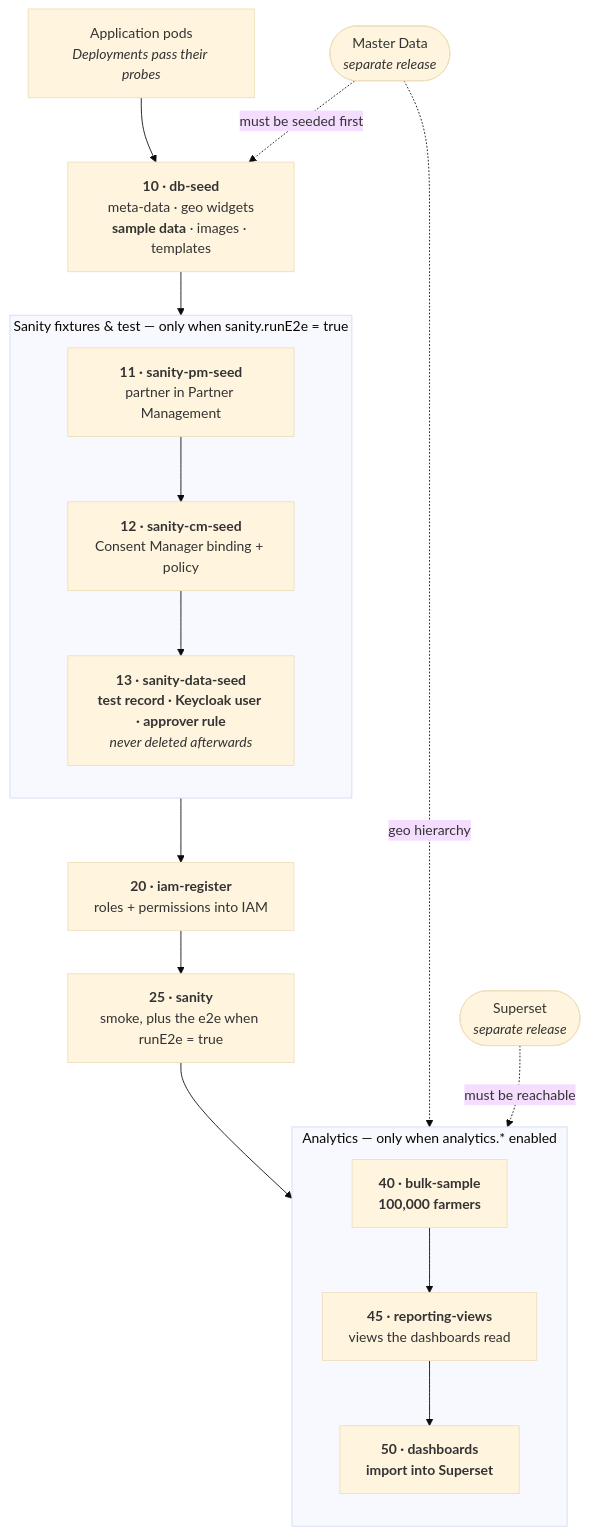
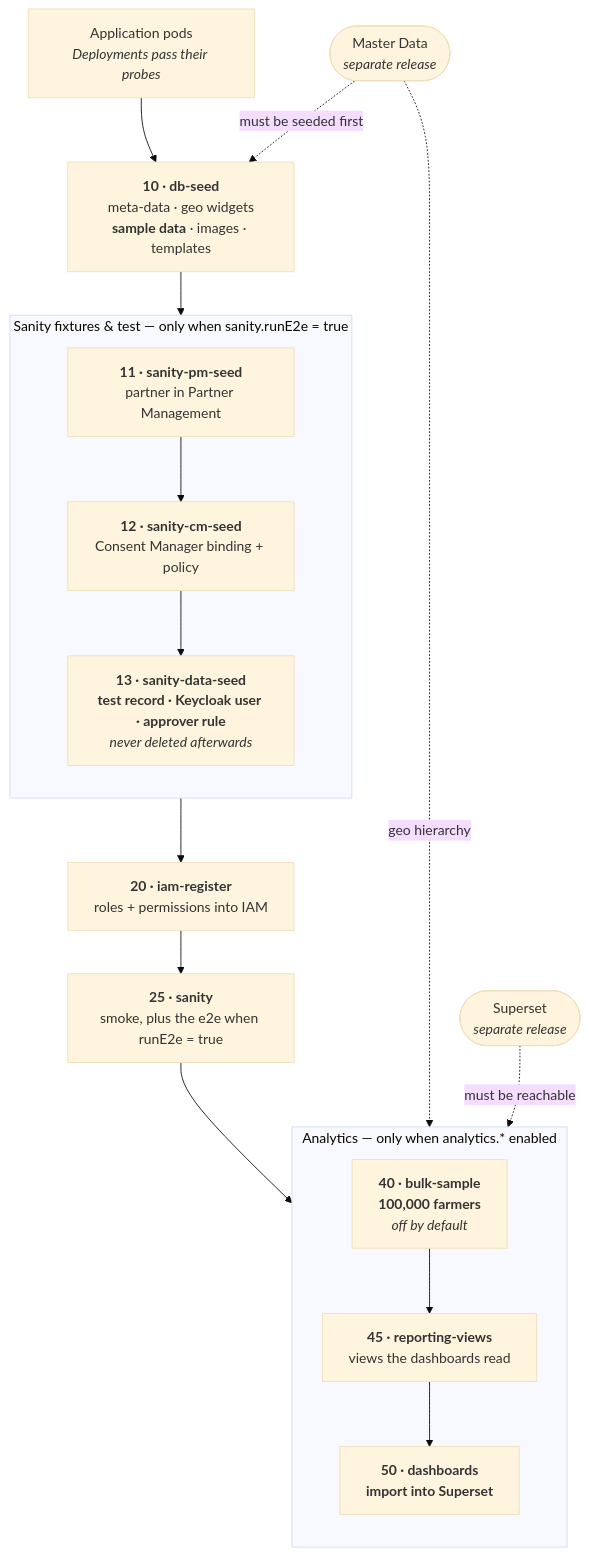
The diagram in products/registry/farmer-registry/deployment/data-seeding.md (OpenG2P/openg2p-documentation), drawn with Mermaid (base theme) before and after one commit. The commit also changed other lines of this file and 1 other file, not shown here.

Commit message:
G2P-5335 Docs: FR seeding defaults now off, Rancher fields for sample and bulk data; platform page notes bulk is a per-registry form option

````diff
--- a/products/registry/farmer-registry/deployment/data-seeding.md
+++ b/products/registry/farmer-registry/deployment/data-seeding.md
@@ -217,29 +218,29 @@
 ```mermaid
 flowchart TD
     A["Application pods<br/><i>Deployments pass their probes</i>"] --> B
 
     B["<b>10 · db-seed</b><br/>meta-data · geo widgets<br/><b>sample data</b> · images · templates"] --> C
 
     subgraph S ["Sanity fixtures &amp; test — only when sanity.runE2e = true"]
         direction TB
         C["<b>11 · sanity-pm-seed</b><br/>partner in Partner Management"] --> D
         D["<b>12 · sanity-cm-seed</b><br/>Consent Manager binding + policy"] --> E
         E["<b>13 · sanity-data-seed</b><br/><b>test record · Keycloak user · approver rule</b><br/><i>never deleted afterwards</i>"]
     end
 
     E --> F["<b>20 · iam-register</b><br/>roles + permissions into IAM"]
     F --> G["<b>25 · sanity</b><br/>smoke, plus the e2e when runE2e = true"]
 
     subgraph AN ["Analytics — only when analytics.* enabled"]
         direction TB
-        H["<b>40 · bulk-sample</b><br/><b>100,000 farmers</b>"] --> I
+        H["<b>40 · bulk-sample</b><br/><b>100,000 farmers</b><br/><i>off by default</i>"] --> I
         I["<b>45 · reporting-views</b><br/>views the dashboards read"] --> J
         J["<b>50 · dashboards</b><br/><b>import into Superset</b>"]
     end
 
     G --> H
 
     MD(["Master Data<br/><i>separate release</i>"]) -.->|"must be seeded first"| B
     MD -.->|"geo hierarchy"| H
     SS(["Superset<br/><i>separate release</i>"]) -.->|"must be reachable"| J
 ```
````
